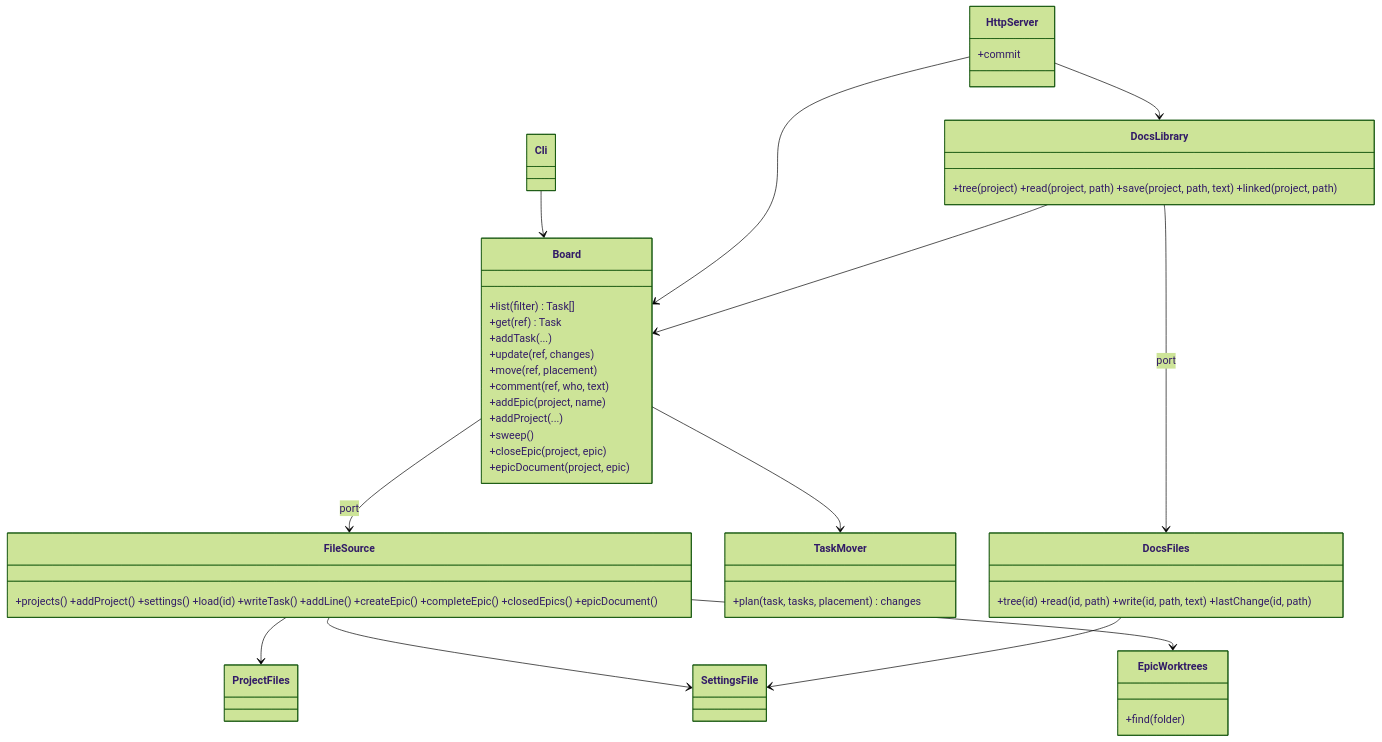
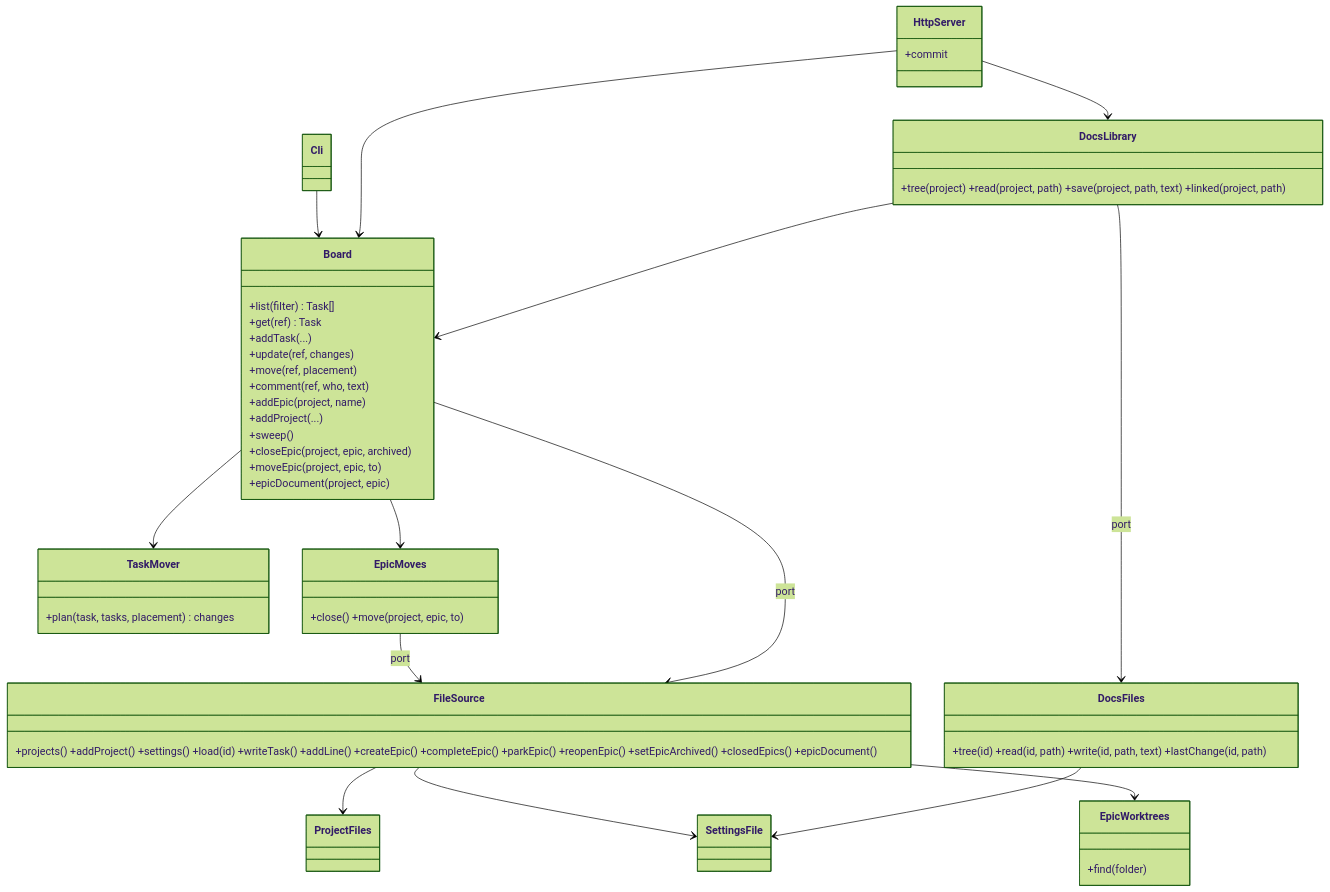
The diagram in Docs/Architecture.md (TabuNuf/doit), drawn with Mermaid (forest theme) before and after one commit. The commit also changed other lines of this file and 5 other files, not shown here.

Commit message:
T-011.2: board.moveEpic, parkedEpics in the view, EpicMoves

````diff
--- a/Docs/Architecture.md
+++ b/Docs/Architecture.md
@@ -41,36 +42,40 @@
 ```mermaid
 classDiagram
   class Board {
     +list(filter) Task[]
     +get(ref) Task
     +addTask(...)
     +update(ref, changes)
     +move(ref, placement)
     +comment(ref, who, text)
     +addEpic(project, name)
     +addProject(...)
     +sweep()
-    +closeEpic(project, epic)
+    +closeEpic(project, epic, archived)
+    +moveEpic(project, epic, to)
     +epicDocument(project, epic)
   }
   class DocsLibrary { +tree(project) +read(project, path) +save(project, path, text) +linked(project, path) }
   class DocsFiles { +tree(id) +read(id, path) +write(id, path, text) +lastChange(id, path) }
   class TaskMover { +plan(task, tasks, placement) changes }
-  class FileSource { +projects() +addProject() +settings() +load(id) +writeTask() +addLine() +createEpic() +completeEpic() +closedEpics() +epicDocument() }
+  class EpicMoves { +close() +move(project, epic, to) }
+  class FileSource { +projects() +addProject() +settings() +load(id) +writeTask() +addLine() +createEpic() +completeEpic() +parkEpic() +reopenEpic() +setEpicArchived() +closedEpics() +epicDocument() }
   class ProjectFiles
   class SettingsFile
   class EpicWorktrees { +find(folder) }
   class Cli
   class HttpServer { +commit }
   Board --> TaskMover
+  Board --> EpicMoves
+  EpicMoves --> FileSource : port
   Board --> FileSource : port
   FileSource --> ProjectFiles
   FileSource --> SettingsFile
   FileSource --> EpicWorktrees
   Cli --> Board
   HttpServer --> Board
   HttpServer --> DocsLibrary
   DocsLibrary --> Board
   DocsLibrary --> DocsFiles : port
   DocsFiles --> SettingsFile
 ```
````
